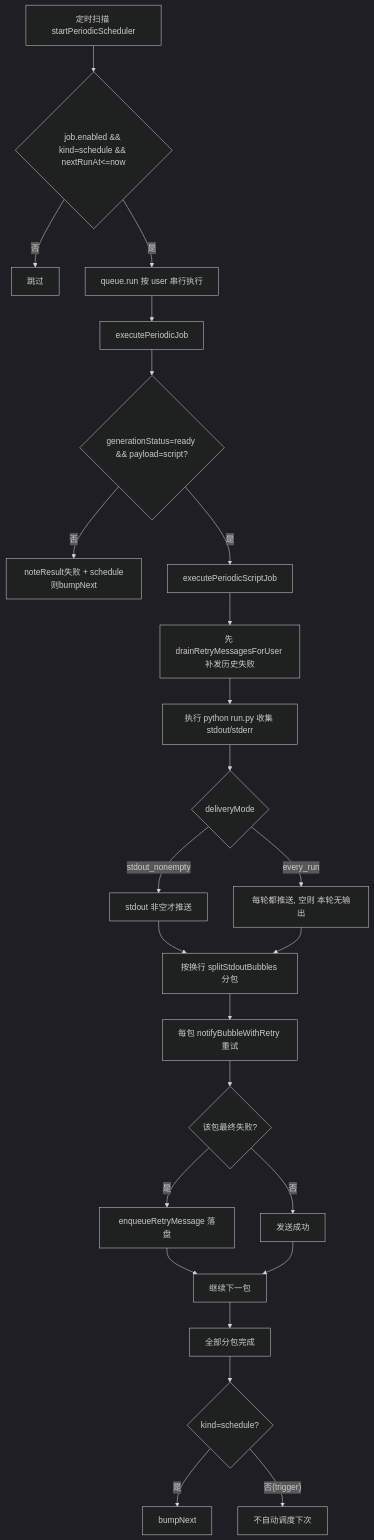
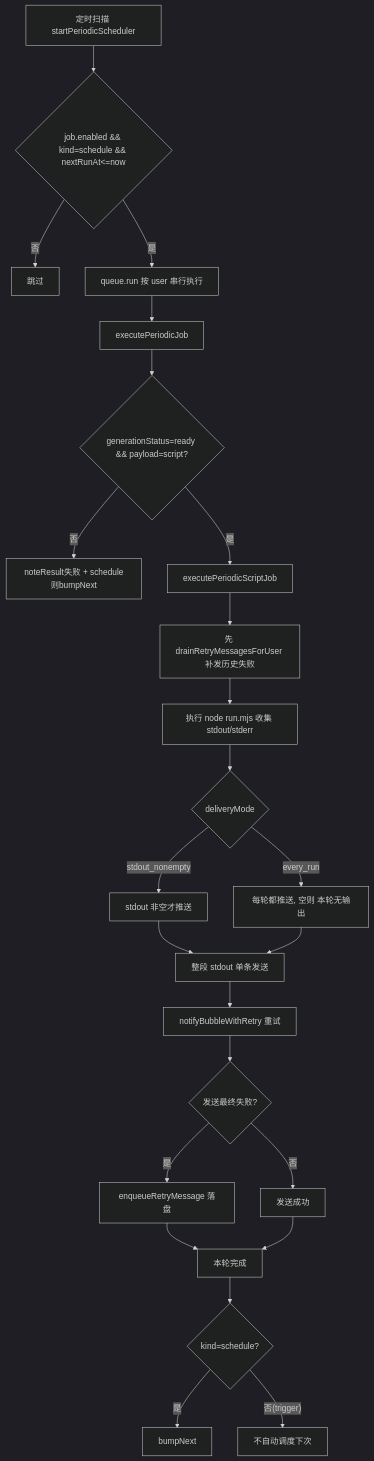
Before and after one commit to hudie486/agent_weixin: the second of 2 diagrams in README.md, drawn with Mermaid (dark theme). The commit also changed other lines of this file and 89 other files, not shown here.

````diff
--- a/README.md
+++ b/README.md
@@ -100,28 +97,27 @@
 ```mermaid
 flowchart TD
   A[定时扫描 startPeriodicScheduler] --> B{job.enabled && kind=schedule && nextRunAt<=now}
   B -- 否 --> B1[跳过]
   B -- 是 --> C[queue.run 按 user 串行执行]
   C --> D[executePeriodicJob]
   D --> E{generationStatus=ready && payload=script?}
   E -- 否 --> E1[noteResult失败 + schedule则bumpNext]
   E -- 是 --> F[executePeriodicScriptJob]
   F --> G[先 drainRetryMessagesForUser 补发历史失败]
-  G --> H[执行 python run.py 收集 stdout/stderr]
+  G --> H[执行 node run.mjs 收集 stdout/stderr]
   H --> I{deliveryMode}
   I -- stdout_nonempty --> I1[stdout 非空才推送]
   I -- every_run --> I2[每轮都推送, 空则 本轮无输出]
-  I1 --> K[按换行 splitStdoutBubbles 分包]
+  I1 --> K[整段 stdout 单条发送]
   I2 --> K
-  K --> L[每包 notifyBubbleWithRetry 重试]
-  L --> M{该包最终失败?}
+  K --> L[notifyBubbleWithRetry 重试]
+  L --> M{发送最终失败?}
   M -- 是 --> M1[enqueueRetryMessage 落盘]
   M -- 否 --> M2[发送成功]
-  M1 --> M3[继续下一包]
-  M2 --> M3
-  M3 --> N[全部分包完成]
+  M1 --> N[等待后续补发]
+  M2 --> N[本轮完成]
   N --> P
   P{kind=schedule?}
   P -- 是 --> P1[bumpNext]
   P -- 否(trigger) --> P2[不自动调度下次]
 ```
````
